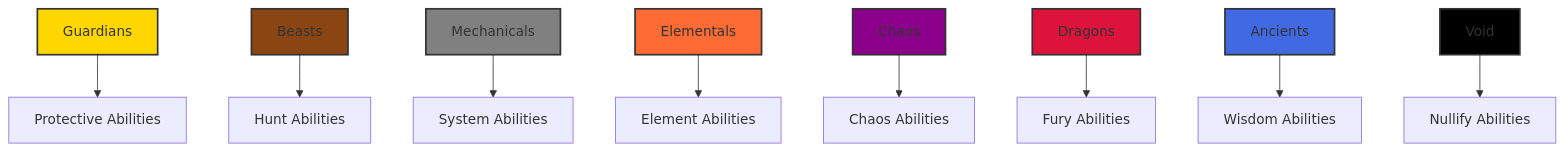
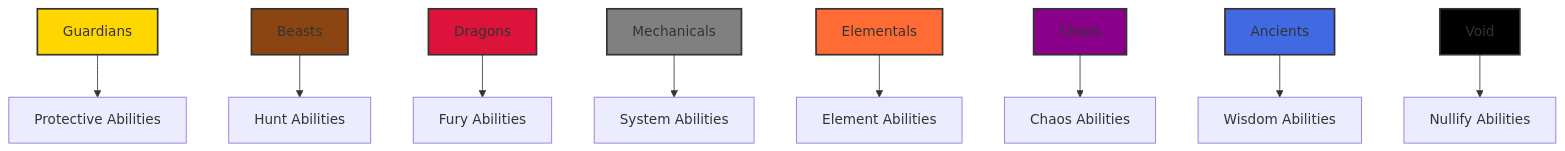
Before and after one commit to cjbaezilla/ProtocolGuardians-Ethereum-NFT-Contracts-Docs: the diagram in guardians/en/FAMILIES.md, drawn with Mermaid. The commit also changed 5 other files, not shown here.

````diff
--- a/guardians/en/FAMILIES.md
+++ b/guardians/en/FAMILIES.md
@@ -9,20 +9,30 @@
 ```mermaid
 graph TD
+    %% Defensive Families
     A[Guardians] --> B[Protective Abilities]
+    
+    %% Offensive Families
     C[Beasts] --> D[Hunt Abilities]
+    K[Dragons] --> L[Fury Abilities]
+    
+    %% Technological Families
     E[Mechanicals] --> F[System Abilities]
+    
+    %% Magical Families
     G[Elementals] --> H[Element Abilities]
     I[Chaos] --> J[Chaos Abilities]
-    K[Dragons] --> L[Fury Abilities]
+    
+    %% Wisdom & Reality Families
     M[Ancients] --> N[Wisdom Abilities]
     O[Void] --> P[Nullify Abilities]
     
+    %% Styling - All 8 Families
     style A fill:#ffd700,stroke:#333,stroke-width:2px
     style C fill:#8b4513,stroke:#333,stroke-width:2px
     style E fill:#808080,stroke:#333,stroke-width:2px
     style G fill:#ff6b35,stroke:#333,stroke-width:2px
     style I fill:#8b008b,stroke:#333,stroke-width:2px
     style K fill:#dc143c,stroke:#333,stroke-width:2px
     style M fill:#4169e1,stroke:#333,stroke-width:2px
     style O fill:#000000,stroke:#333,stroke-width:2px
 ```
````
